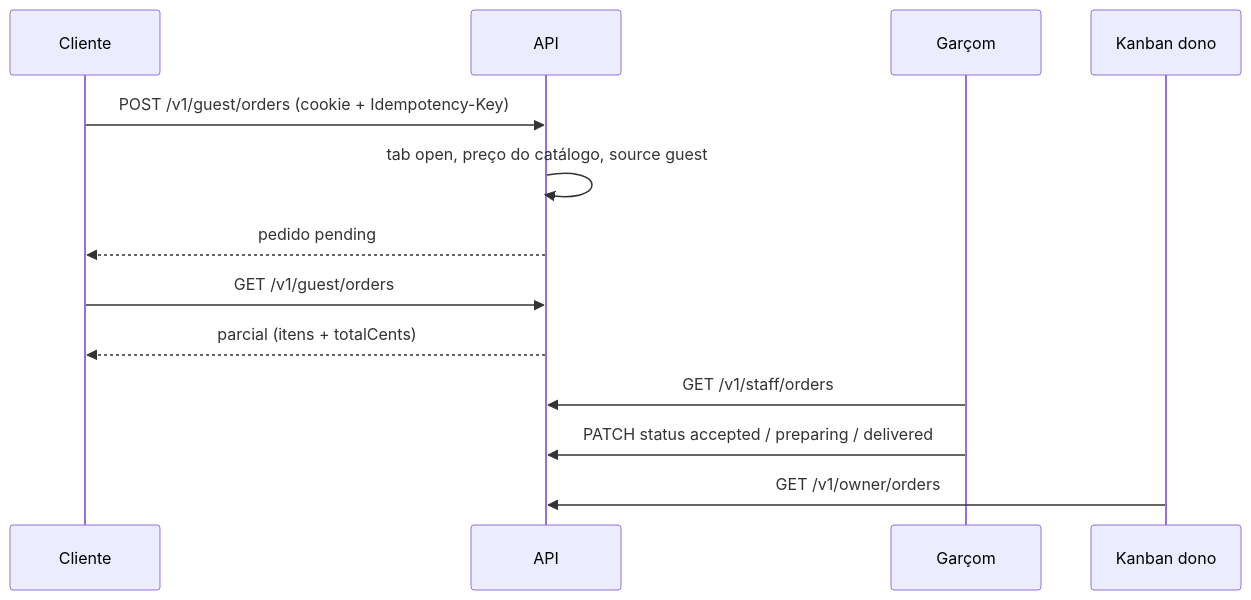
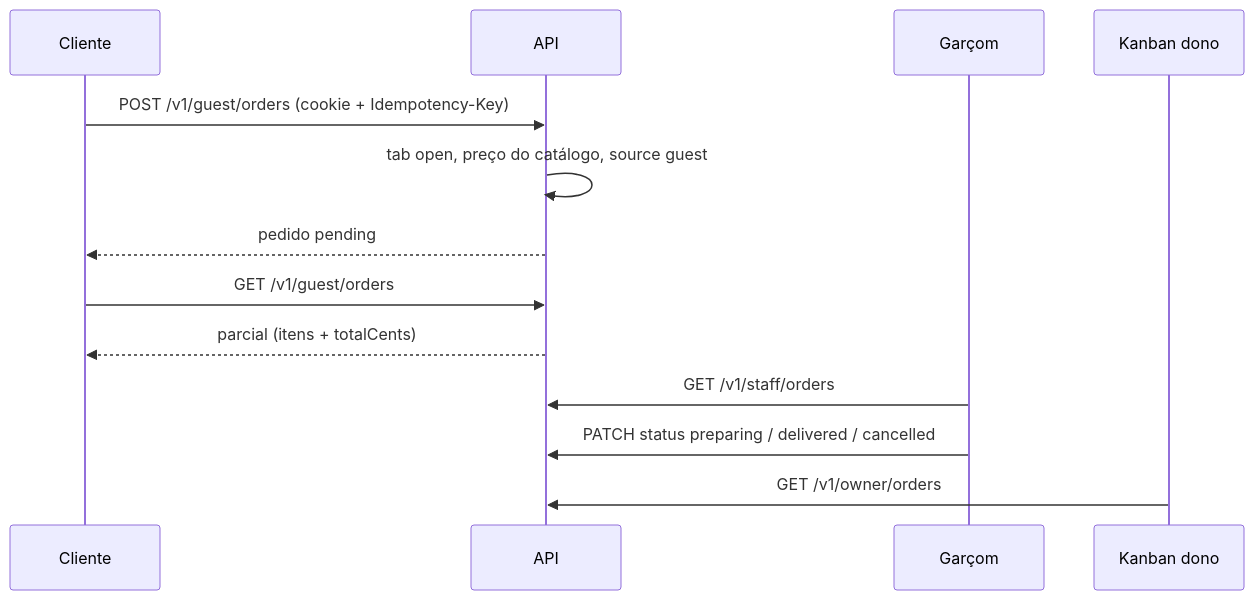
Before and after one commit to filiperamosds/eaimesa-frontend: the sixth of 7 diagrams in docs/product/fluxos.md, drawn with Mermaid. The commit also changed other lines of this file and 6 other files, not shown here.

````diff
--- a/docs/product/fluxos.md
+++ b/docs/product/fluxos.md
@@ -128,16 +128,16 @@
 ```mermaid
 sequenceDiagram
   participant C as Cliente
   participant API as API
   participant G as Garçom
   participant K as Kanban dono
 
   C->>API: POST /v1/guest/orders (cookie + Idempotency-Key)
   API->>API: tab open, preço do catálogo, source guest
   API-->>C: pedido pending
   C->>API: GET /v1/guest/orders
   API-->>C: parcial (itens + totalCents)
   G->>API: GET /v1/staff/orders
-  G->>API: PATCH status accepted / preparing / delivered
+  G->>API: PATCH status preparing / delivered / cancelled
   K->>API: GET /v1/owner/orders
 ```
````
